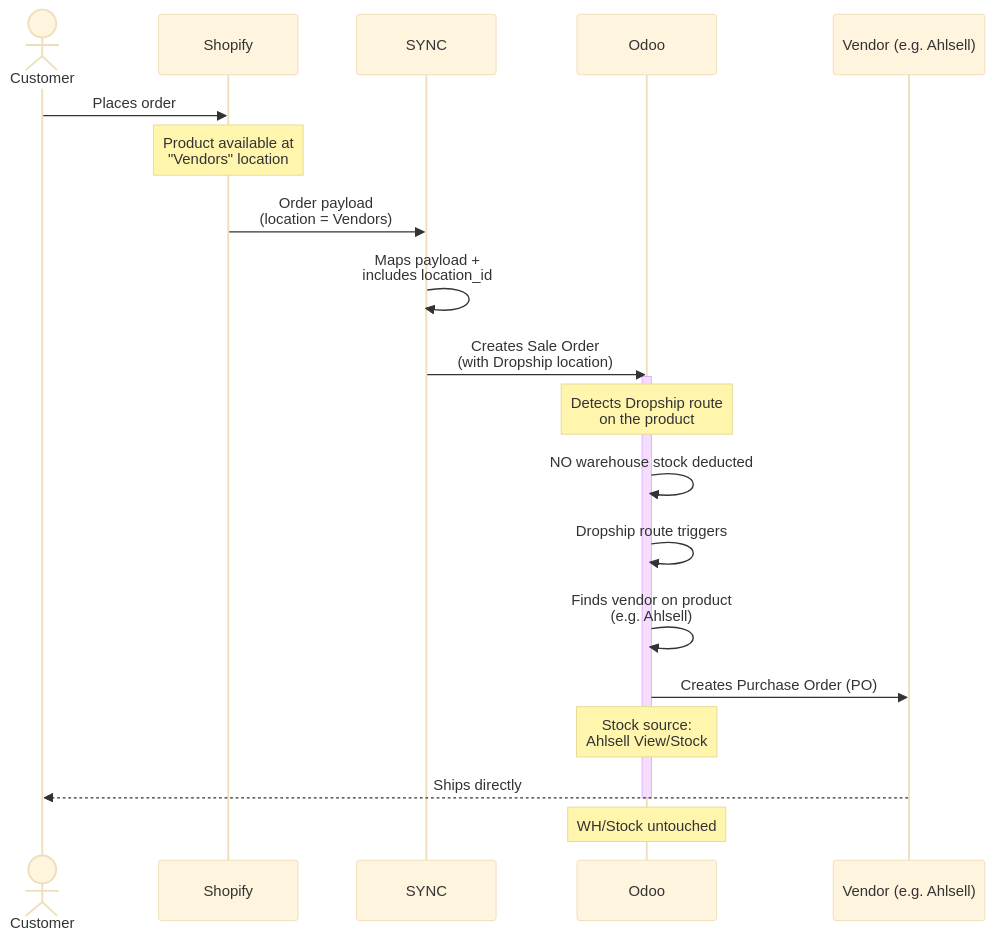
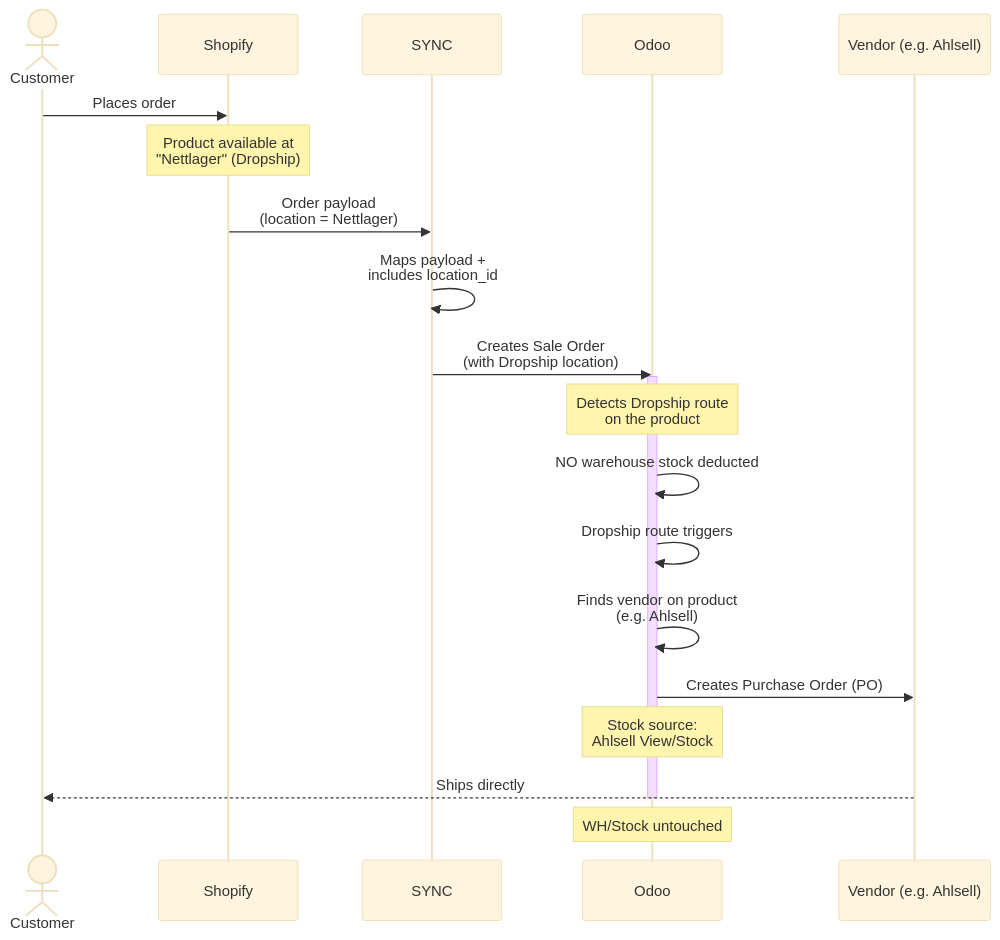
One commit to ozan-droid/documents changed the sixth of 16 diagrams in shopify-sync-odoo-scenarios.md. Above: the diagram before and after it, drawn with Mermaid (base theme). The commit also changed other lines of this file, not shown here.

````diff
--- a/shopify-sync-odoo-scenarios.md
+++ b/shopify-sync-odoo-scenarios.md
@@ -278,29 +272,29 @@
 ```mermaid
 sequenceDiagram
     actor Customer
     participant Shopify
     participant SYNC
     participant Odoo
     participant Vendor as Vendor (e.g. Ahlsell)
 
     Customer->>Shopify: Places order
-    Note over Shopify: Product available at<br/>"Vendors" location
+    Note over Shopify: Product available at<br/>"Nettlager" (Dropship)
 
-    Shopify->>SYNC: Order payload<br/>(location = Vendors)
+    Shopify->>SYNC: Order payload<br/>(location = Nettlager)
     SYNC->>SYNC: Maps payload +<br/>includes location_id
     SYNC->>Odoo: Creates Sale Order<br/>(with Dropship location)
 
     activate Odoo
     Note over Odoo: Detects Dropship route<br/>on the product
 
     Odoo->>Odoo: NO warehouse stock deducted
     Odoo->>Odoo: Dropship route triggers
     Odoo->>Odoo: Finds vendor on product<br/>(e.g. Ahlsell)
     Odoo->>Vendor: Creates Purchase Order (PO)
     Note over Odoo: Stock source:<br/>Ahlsell View/Stock
 
     Vendor-->>Customer: Ships directly
     deactivate Odoo
 
     Note over Odoo: WH/Stock untouched
 ```
````
